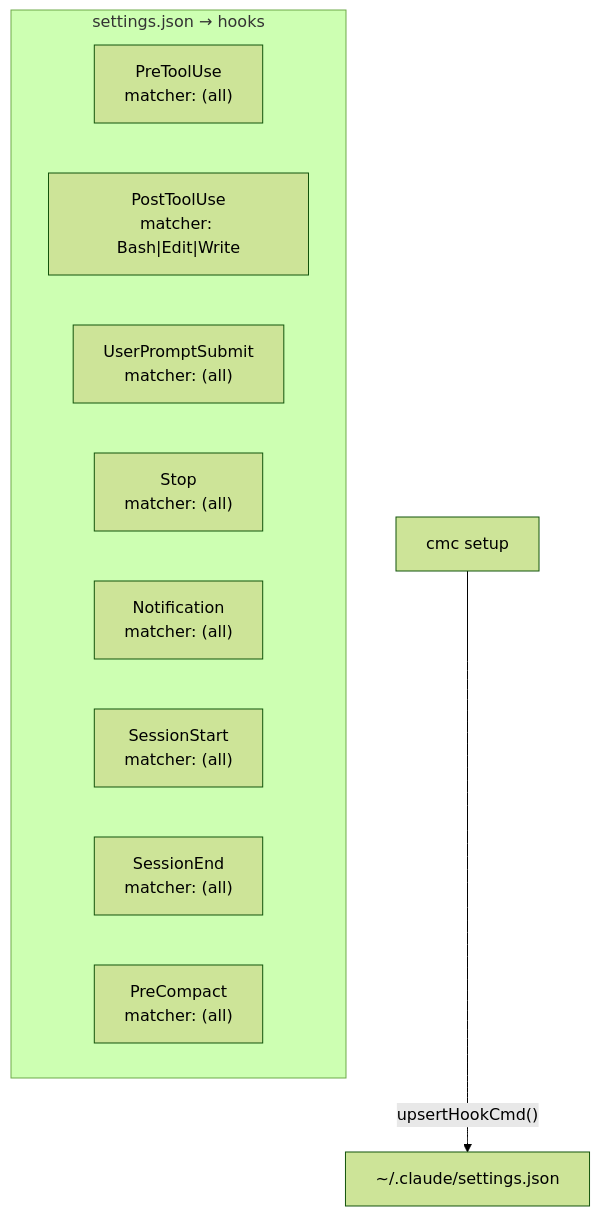
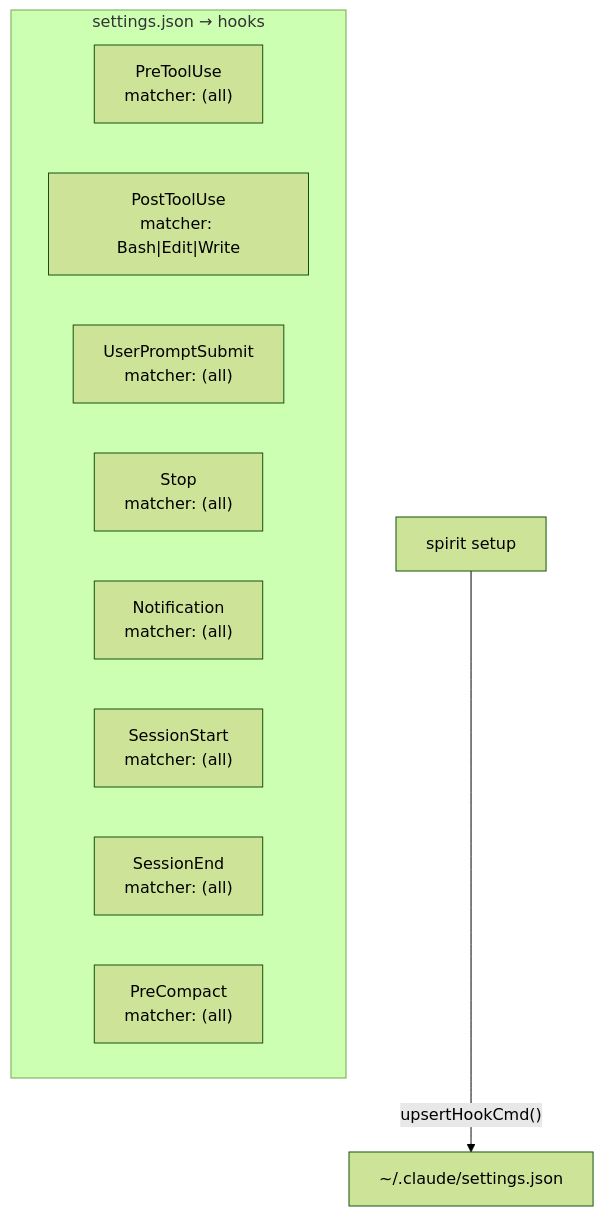
One commit to huylenq/spirit changed the second of 15 diagrams in docs/hooks.md. Above: the diagram before and after it, drawn with Mermaid (forest theme). The commit also changed other lines of this file and 99 other files, not shown here.

First line of the commit message:
refactor: rebrand claude-mission-control/cmc to spirit

````diff
--- a/docs/hooks.md
+++ b/docs/hooks.md
@@ -33,17 +33,17 @@
 ```mermaid
 flowchart TD
-    Setup["cmc setup"]
+    Setup["spirit setup"]
     Settings["~/.claude/settings.json"]
     Setup -- "upsertHookCmd()" --> Settings
 
     subgraph "settings.json → hooks"
         PT["PreToolUse<br/>matcher: (all)"]
         POT["PostToolUse<br/>matcher: Bash|Edit|Write"]
         UPS["UserPromptSubmit<br/>matcher: (all)"]
         Stop["Stop<br/>matcher: (all)"]
         Notif["Notification<br/>matcher: (all)"]
         SS["SessionStart<br/>matcher: (all)"]
         SE["SessionEnd<br/>matcher: (all)"]
         PC["PreCompact<br/>matcher: (all)"]
     end
 ```
````
